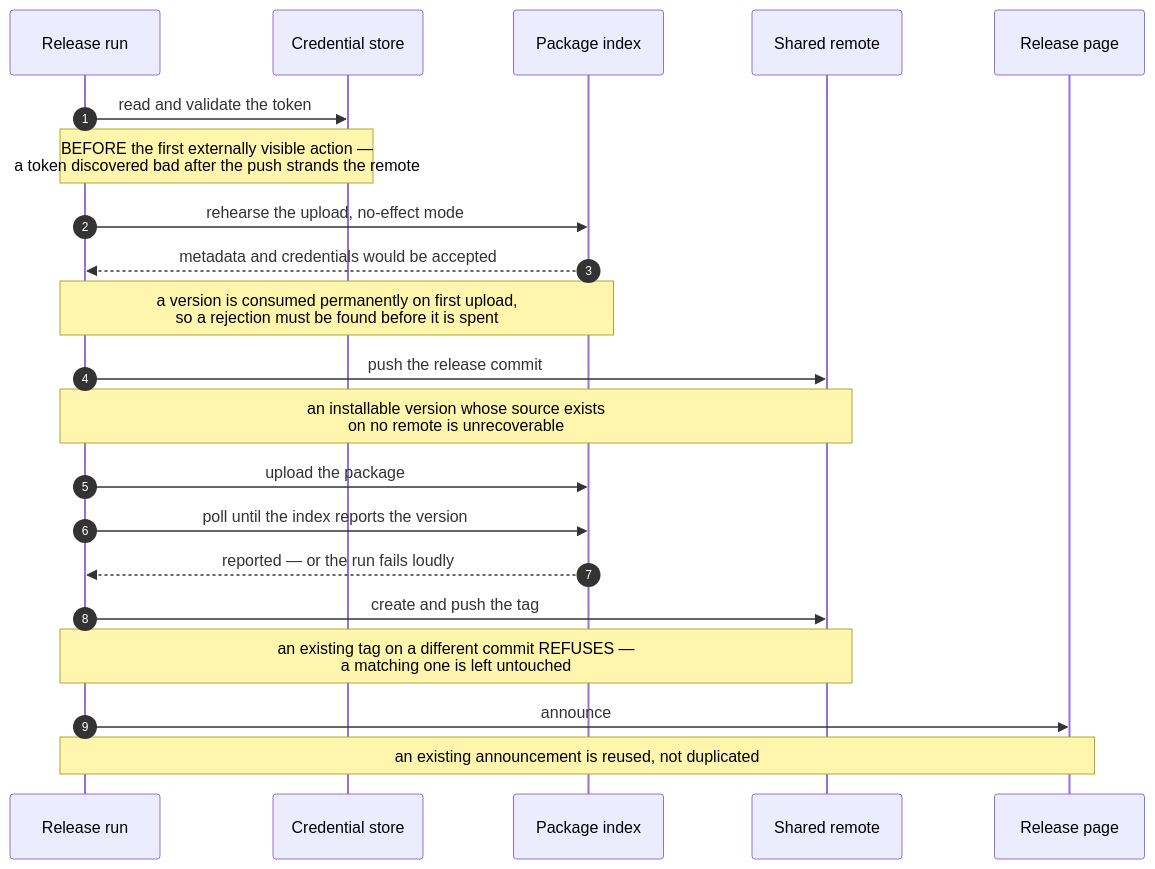
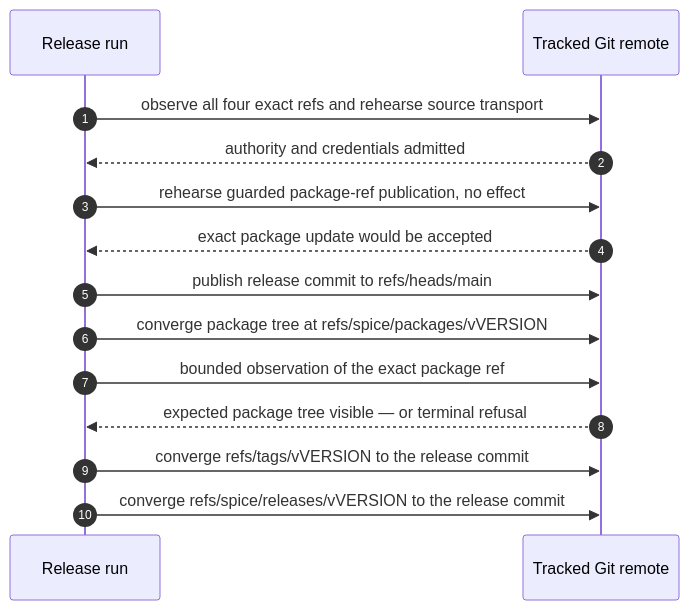
The fifth of 10 diagrams in docs/product/planes/distribution.md (infimalabs/spice-rust), drawn with Mermaid before and after one commit. The commit also changed other lines of this file and 71 other files, not shown here.

````diff
--- a/docs/product/planes/distribution.md
+++ b/docs/product/planes/distribution.md
@@ -226,24 +243,17 @@
 ```mermaid
 sequenceDiagram
     autonumber
     participant RUN as Release run
-    participant CRED as Credential store
-    participant IDX as Package index
-    participant REM as Shared remote
-    participant ANN as Release page
+    participant GIT as Tracked Git remote
 
-    RUN->>CRED: read and validate the token
-    Note over RUN,CRED: BEFORE the first externally visible action —<br/>a token discovered bad after the push strands the remote
-    RUN->>IDX: rehearse the upload, no-effect mode
-    IDX-->>RUN: metadata and credentials would be accepted
-    Note over RUN,IDX: a version is consumed permanently on first upload,<br/>so a rejection must be found before it is spent
-    RUN->>REM: push the release commit
-    Note over RUN,REM: an installable version whose source exists<br/>on no remote is unrecoverable
-    RUN->>IDX: upload the package
-    RUN->>IDX: poll until the index reports the version
-    IDX-->>RUN: reported — or the run fails loudly
-    RUN->>REM: create and push the tag
-    Note over RUN,REM: an existing tag on a different commit REFUSES —<br/>a matching one is left untouched
-    RUN->>ANN: announce
-    Note over RUN,ANN: an existing announcement is reused, not duplicated
+    RUN->>GIT: observe all four exact refs and rehearse source transport
+    GIT-->>RUN: authority and credentials admitted
+    RUN->>GIT: rehearse guarded package-ref publication, no effect
+    GIT-->>RUN: exact package update would be accepted
+    RUN->>GIT: publish release commit to refs/heads/main
+    RUN->>GIT: converge package tree at refs/spice/packages/vVERSION
+    RUN->>GIT: bounded observation of the exact package ref
+    GIT-->>RUN: expected package tree visible — or terminal refusal
+    RUN->>GIT: converge refs/tags/vVERSION to the release commit
+    RUN->>GIT: converge refs/spice/releases/vVERSION to the release commit
 ```
````
